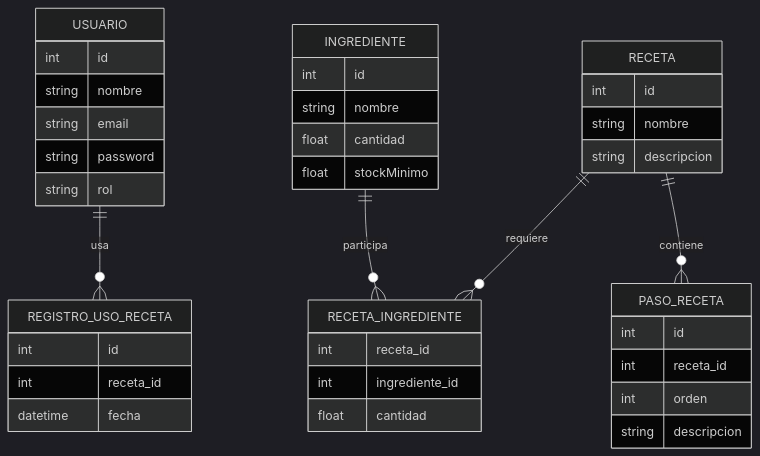
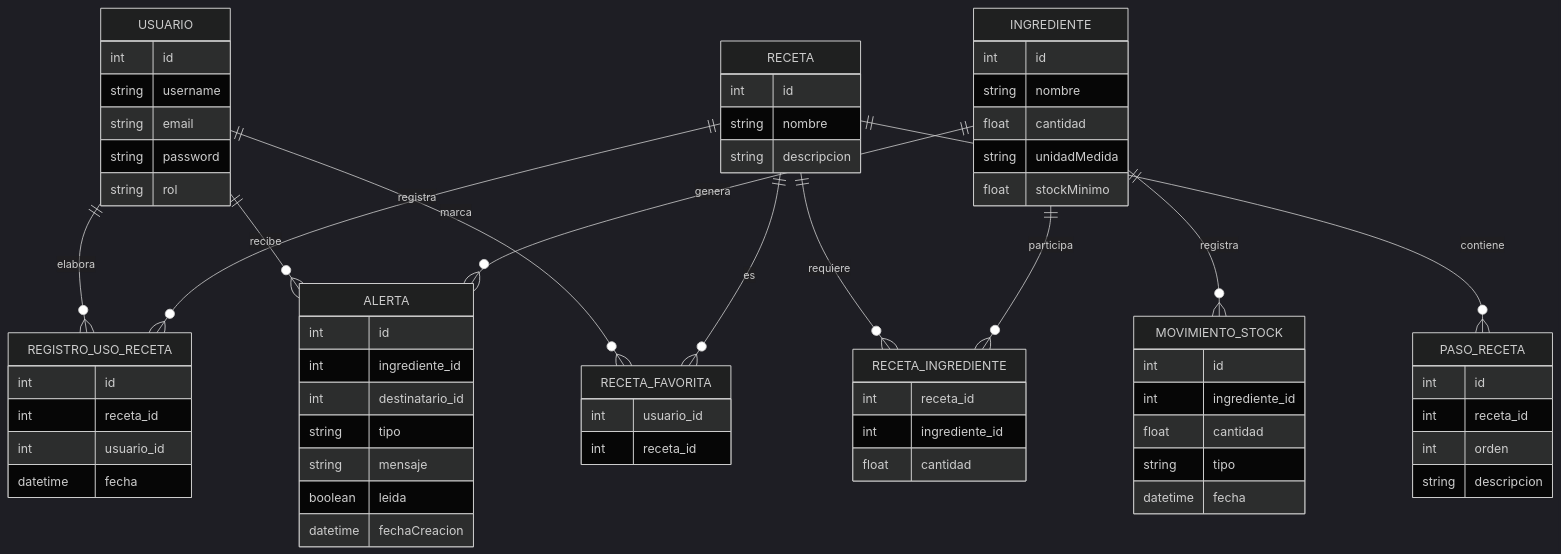
Before and after one commit to aresmendi/OhMyFreezer: the third of 3 diagrams in README.md, drawn with Mermaid (dark theme). The commit also changed other lines of this file and 2 other files, not shown here.

````diff
--- a/README.md
+++ b/README.md
@@ -82,48 +54,70 @@
 ```mermaid
 erDiagram
+    USUARIO {
+        int id
+        string username
+        string email
+        string password
+        string rol
+    }
+    INGREDIENTE {
+        int id
+        string nombre
+        float cantidad
+        string unidadMedida
+        float stockMinimo
+    }
+    RECETA {
+        int id
+        string nombre
+        string descripcion
+    }
+    RECETA_INGREDIENTE {
+        int receta_id
+        int ingrediente_id
+        float cantidad
+    }
+    PASO_RECETA {
+        int id
+        int receta_id
+        int orden
+        string descripcion
+    }
+    REGISTRO_USO_RECETA {
+        int id
+        int receta_id
+        int usuario_id
+        datetime fecha
+    }
+    MOVIMIENTO_STOCK {
+        int id
+        int ingrediente_id
+        float cantidad
+        string tipo
+        datetime fecha
+    }
+    ALERTA {
+        int id
+        int ingrediente_id
+        int destinatario_id
+        string tipo
+        string mensaje
+        boolean leida
+        datetime fechaCreacion
+    }
+    RECETA_FAVORITA {
+        int usuario_id
+        int receta_id
+    }
 
-USUARIO {
-    int id
-    string nombre
-    string email
-    string password
-    string rol
-}
-
-INGREDIENTE {
-    int id
-    string nombre
-    float cantidad
-    float stockMinimo
-}
-
-RECETA {
-    int id
-    string nombre
-    string descripcion
-}
-
-RECETA_INGREDIENTE {
-    int receta_id
-    int ingrediente_id
-    float cantidad
-}
-
-PASO_RECETA {
-    int id
-    int receta_id
-    int orden
-    string descripcion
-}
-
-REGISTRO_USO_RECETA {
-    int id
-    int receta_id
-    datetime fecha
-}
-
-USUARIO ||--o{ REGISTRO_USO_RECETA : usa
-RECETA ||--o{ PASO_RECETA : contiene
-RECETA ||--o{ RECETA_INGREDIENTE : requiere
-INGREDIENTE ||--o{ RECETA_INGREDIENTE : participa
+    USUARIO ||--o{ REGISTRO_USO_RECETA : elabora
+    USUARIO ||--o{ ALERTA : recibe
+    USUARIO ||--o{ RECETA_FAVORITA : marca
+    RECETA ||--o{ PASO_RECETA : contiene
+    RECETA ||--o{ RECETA_INGREDIENTE : requiere
+    RECETA ||--o{ REGISTRO_USO_RECETA : registra
+    RECETA ||--o{ RECETA_FAVORITA : es
+    INGREDIENTE ||--o{ RECETA_INGREDIENTE : participa
+    INGREDIENTE ||--o{ MOVIMIENTO_STOCK : registra
+    INGREDIENTE ||--o{ ALERTA : genera
 ```
````
